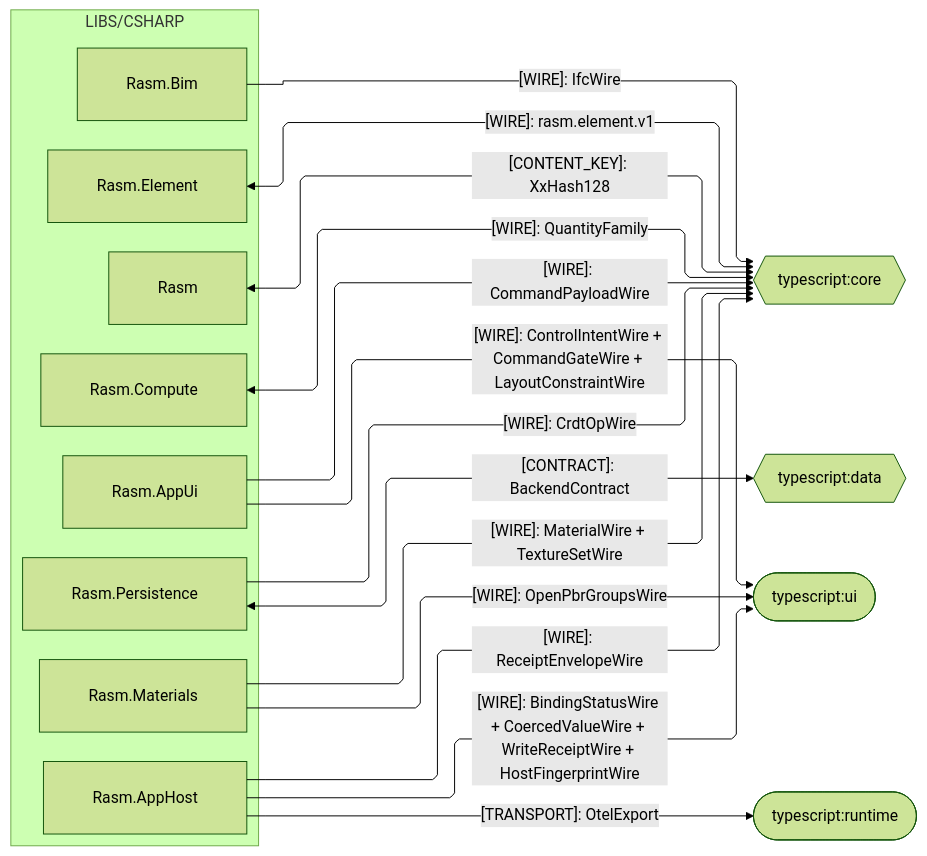
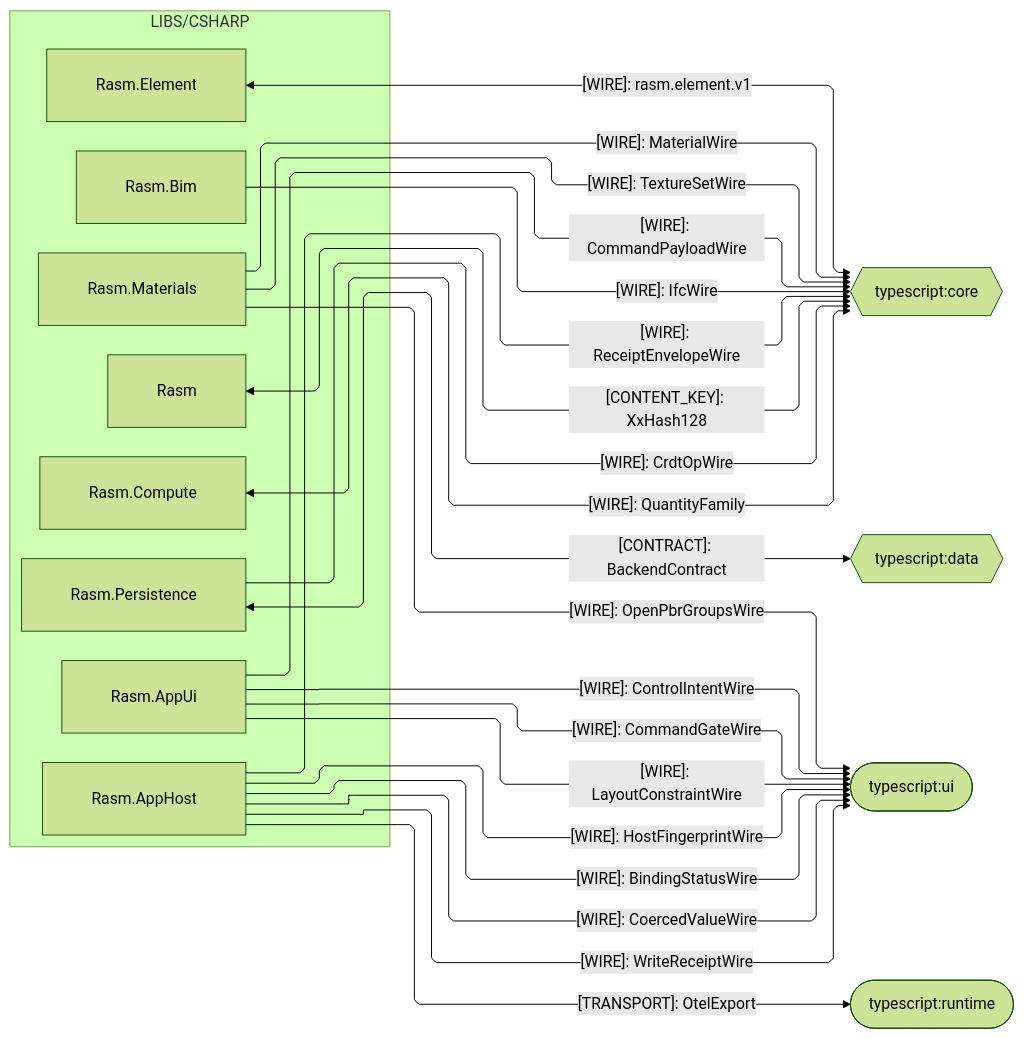
The third of 5 diagrams in libs/csharp/.planning/ARCHITECTURE.md (bsamiee/Rasm), drawn with Mermaid (forest theme) before and after one commit. The commit also changed other lines of this file and 115 other files, not shown here.

````diff
--- a/libs/csharp/.planning/ARCHITECTURE.md
+++ b/libs/csharp/.planning/ARCHITECTURE.md
@@ -157,39 +160,45 @@
 ```mermaid
 ---
 config:
   layout: elk
   flowchart:
     curve: linear
     padding: 25
 ---
 flowchart LR
     accTitle: C# branch typescript seam registry
-    accDescr: C# packages producing kinded wires the typescript core, data, runtime, and ui domains decode — data-bearing wires, the backend contract, and the telemetry transport edge, labeled per kind — bidirectional peers as hexagons, one-way sinks as stadiums.
+    accDescr: Which kinded wires the C# packages produce for the typescript core, data, runtime, and ui domains to decode.
     subgraph csharp[LIBS/CSHARP]
         Rasm[Rasm]
         Element[Rasm.Element]
         Compute[Rasm.Compute]
         Persistence[Rasm.Persistence]
         Bim[Rasm.Bim]
         Materials[Rasm.Materials]
         AppUi[Rasm.AppUi]
         AppHost[Rasm.AppHost]
     end
     TsCore{{typescript:core}}
     TsData{{typescript:data}}
     TsUi([typescript:ui])
     TsRuntime([typescript:runtime])
-    Rasm <-->|"[CONTENT_KEY]: XxHash128"| TsCore
-    Element <-->|"[WIRE]: rasm.element.v1"| TsCore
-    Compute <-->|"[WIRE]: QuantityFamily"| TsCore
-    Persistence -->|"[WIRE]: CrdtOpWire"| TsCore
-    Bim -->|"[WIRE]: IfcWire"| TsCore
-    Materials -->|"[WIRE]: MaterialWire + TextureSetWire"| TsCore
-    AppUi -->|"[WIRE]: CommandPayloadWire"| TsCore
-    AppHost -->|"[WIRE]: ReceiptEnvelopeWire"| TsCore
-    Persistence <-->|"[CONTRACT]: BackendContract"| TsData
-    Materials -->|"[WIRE]: OpenPbrGroupsWire"| TsUi
-    AppUi -->|"[WIRE]: ControlIntentWire + CommandGateWire + LayoutConstraintWire"| TsUi
-    AppHost -->|"[WIRE]: BindingStatusWire + CoercedValueWire + WriteReceiptWire + HostFingerprintWire"| TsUi
-    AppHost -->|"[TRANSPORT]: OtelExport"| TsRuntime
+    Rasm e1@<-->|"[CONTENT_KEY]: XxHash128"| TsCore
+    Element e2@<-->|"[WIRE]: rasm.element.v1"| TsCore
+    Compute e3@<-->|"[WIRE]: QuantityFamily"| TsCore
+    Persistence e4@-->|"[WIRE]: CrdtOpWire"| TsCore
+    Bim e5@-->|"[WIRE]: IfcWire"| TsCore
+    Materials e6@-->|"[WIRE]: MaterialWire"| TsCore
+    Materials e7@-->|"[WIRE]: TextureSetWire"| TsCore
+    AppUi e8@-->|"[WIRE]: CommandPayloadWire"| TsCore
+    AppHost e9@-->|"[WIRE]: ReceiptEnvelopeWire"| TsCore
+    Persistence e10@<-->|"[CONTRACT]: BackendContract"| TsData
+    Materials e11@-->|"[WIRE]: OpenPbrGroupsWire"| TsUi
+    AppUi e12@-->|"[WIRE]: ControlIntentWire"| TsUi
+    AppUi e13@-->|"[WIRE]: CommandGateWire"| TsUi
+    AppUi e14@-->|"[WIRE]: LayoutConstraintWire"| TsUi
+    AppHost e15@-->|"[WIRE]: BindingStatusWire"| TsUi
+    AppHost e16@-->|"[WIRE]: CoercedValueWire"| TsUi
+    AppHost e17@-->|"[WIRE]: WriteReceiptWire"| TsUi
+    AppHost e18@-->|"[WIRE]: HostFingerprintWire"| TsUi
+    AppHost e19@-->|"[TRANSPORT]: OtelExport"| TsRuntime
 ```
````
